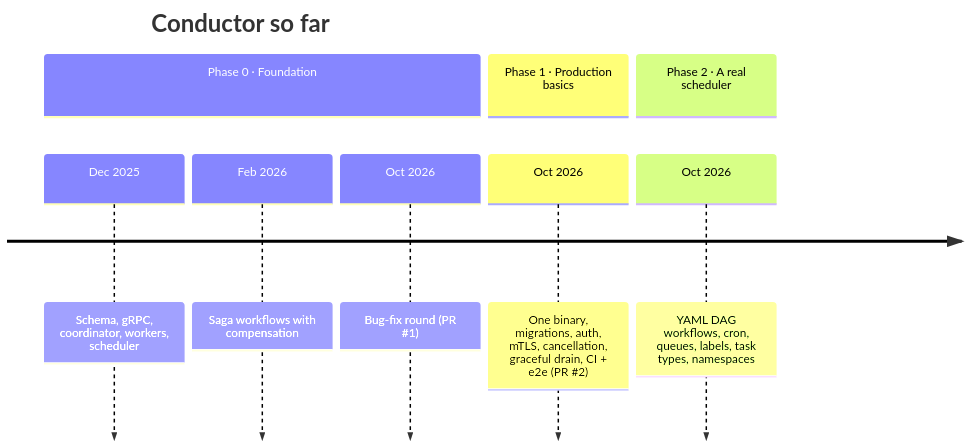
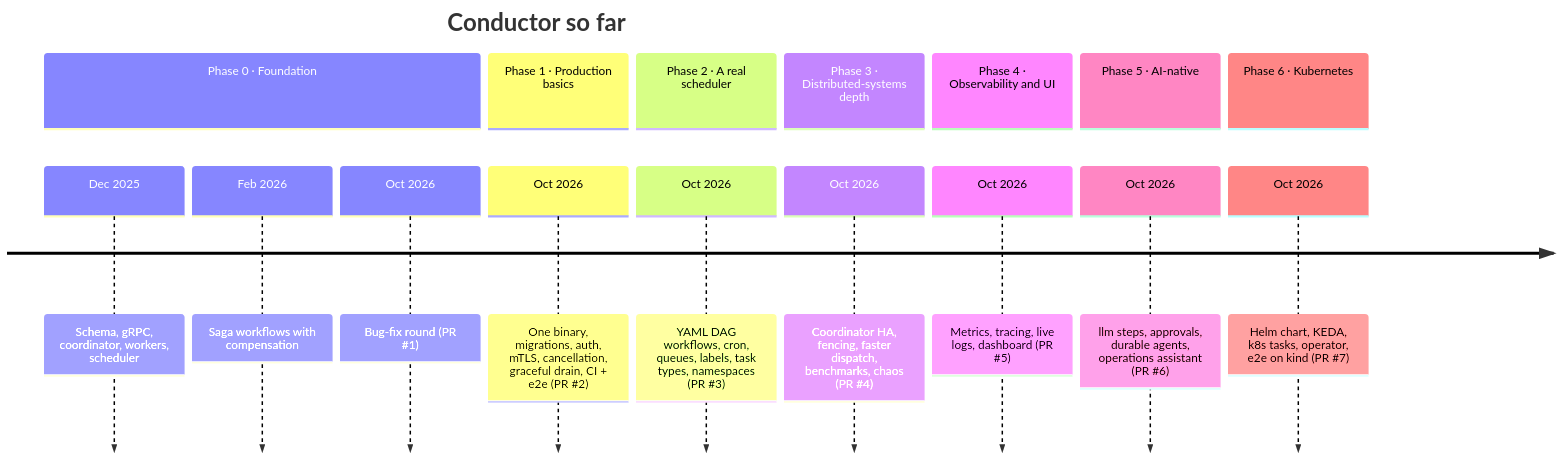
The first of 36 diagrams in DEVLOG.md (ChinmayNoob/conductor), drawn with Mermaid before and after one commit. The commit also changed other lines of this file and 2 other files, not shown here.

First line of the commit message:
Phase 6 docs: README Kubernetes section, plan, DEVLOG

````diff
--- a/DEVLOG.md
+++ b/DEVLOG.md
@@ -5,12 +5,20 @@
 ```mermaid
 timeline
     title Conductor so far
     section Phase 0 · Foundation
         Dec 2025 : Schema, gRPC, coordinator, workers, scheduler
         Feb 2026 : Saga workflows with compensation
         Oct 2026 : Bug-fix round (PR #1)
     section Phase 1 · Production basics
         Oct 2026 : One binary, migrations, auth, mTLS, cancellation, graceful drain, CI + e2e (PR #2)
     section Phase 2 · A real scheduler
-        Oct 2026 : YAML DAG workflows, cron, queues, labels, task types, namespaces
+        Oct 2026 : YAML DAG workflows, cron, queues, labels, task types, namespaces (PR #3)
+    section Phase 3 · Distributed-systems depth
+        Oct 2026 : Coordinator HA, fencing, faster dispatch, benchmarks, chaos (PR #4)
+    section Phase 4 · Observability and UI
+        Oct 2026 : Metrics, tracing, live logs, dashboard (PR #5)
+    section Phase 5 · AI-native
+        Oct 2026 : llm steps, approvals, durable agents, operations assistant (PR #6)
+    section Phase 6 · Kubernetes
+        Oct 2026 : Helm chart, KEDA, k8s tasks, operator, e2e on kind (PR #7)
 ```
````
